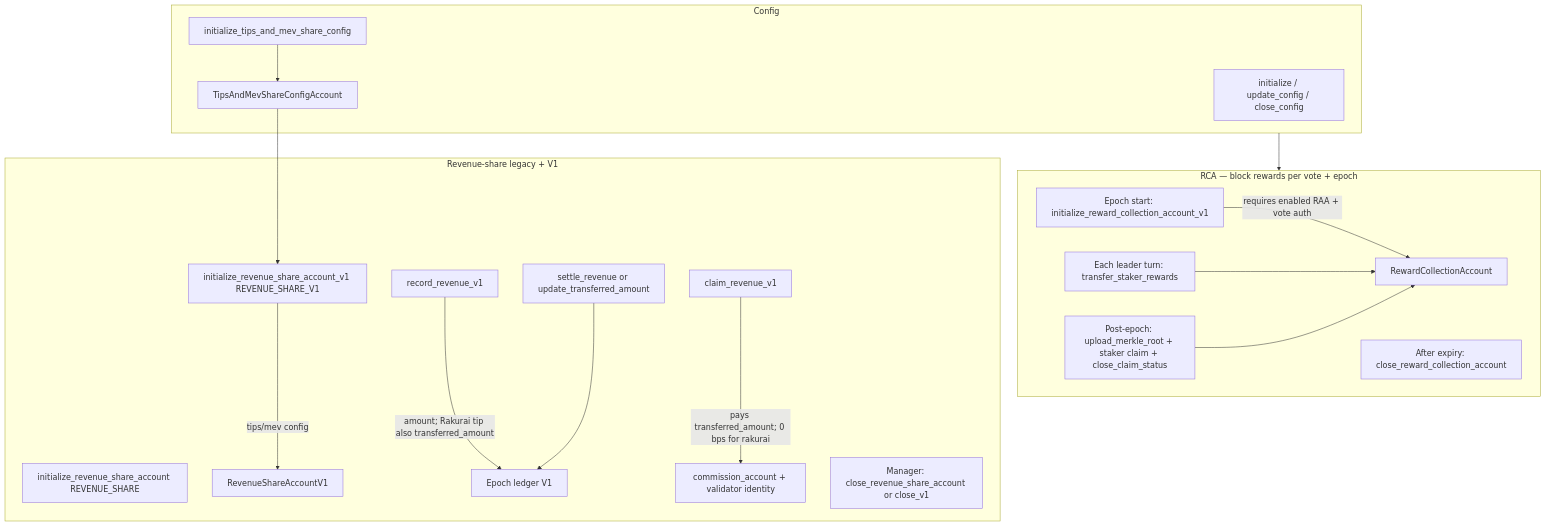
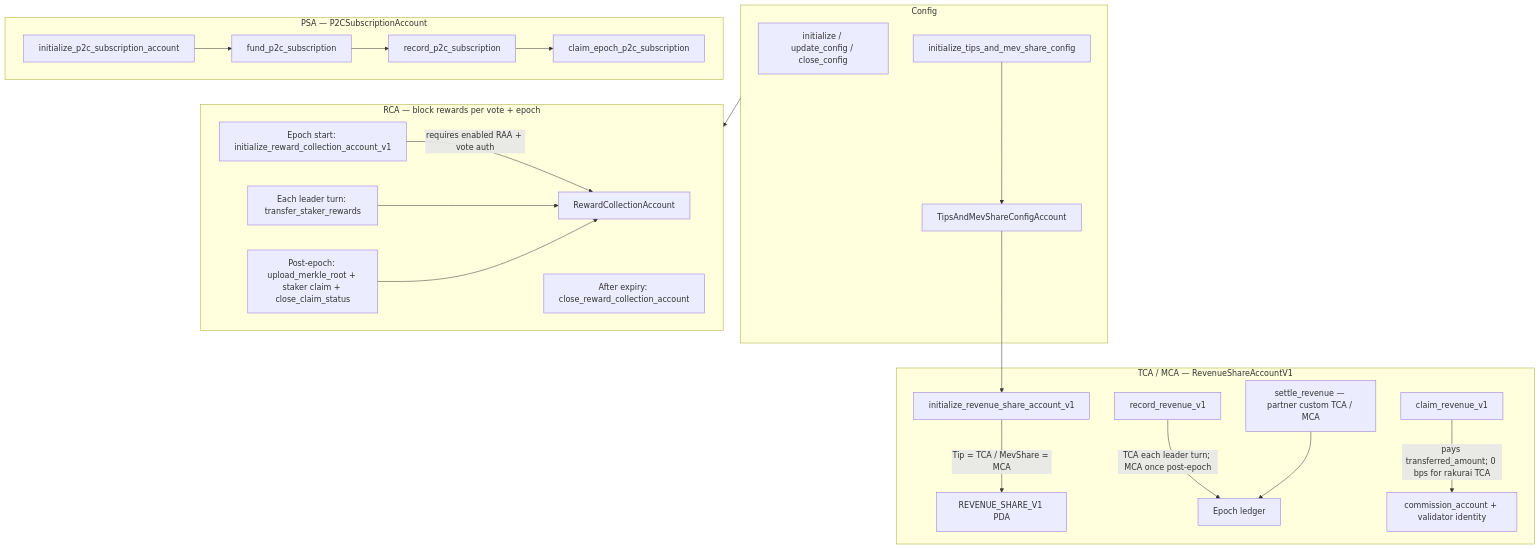
Before and after one commit to rakurai-io/rakurai_programs: the second of 5 diagrams in diagram/program-flow-diagrams.md, drawn with Mermaid. The commit also changed other lines of this file and 45 other files, not shown here.

First line of the commit message:
feature/validator_config_program (#19)

````diff
--- a/diagram/program-flow-diagrams.md
+++ b/diagram/program-flow-diagrams.md
@@ -60,34 +60,40 @@
 ```mermaid
 flowchart TD
     subgraph config [Config]
         RD0[initialize / update_config / close_config]
         TM0[initialize_tips_and_mev_share_config]
         TM0 --> TMC[TipsAndMevShareConfigAccount]
     end
 
     subgraph rca [RCA — block rewards per vote + epoch]
         R1[Epoch start: initialize_reward_collection_account_v1]
         R1 -->|requires enabled RAA + vote auth| RCA[RewardCollectionAccount]
         R2[Each leader turn: transfer_staker_rewards]
         R2 --> RCA
         R3[Post-epoch: upload_merkle_root + staker claim + close_claim_status]
         R3 --> RCA
         R4[After expiry: close_reward_collection_account]
     end
 
-    subgraph revenue [Revenue-share legacy + V1]
-        P0L[initialize_revenue_share_account REVENUE_SHARE]
-        P0[initialize_revenue_share_account_v1 REVENUE_SHARE_V1]
-        P0 -->|tips/mev config| PTS[RevenueShareAccountV1]
+    subgraph tcaMca [TCA / MCA — RevenueShareAccountV1]
+        P0[initialize_revenue_share_account_v1]
+        P0 -->|Tip = TCA / MevShare = MCA| PTS[REVENUE_SHARE_V1 PDA]
         P1[record_revenue_v1]
-        P1 -->|amount; Rakurai tip also transferred_amount| LEDGER[Epoch ledger V1]
-        P1b[settle_revenue or update_transferred_amount]
+        P1 -->|TCA each leader turn; MCA once post-epoch| LEDGER[Epoch ledger]
+        P1b[settle_revenue — partner custom TCA / MCA]
         P1b --> LEDGER
         P2[claim_revenue_v1]
-        P2 -->|pays transferred_amount; 0 bps for rakurai| PAY[commission_account + validator identity]
-        P3[Manager: close_revenue_share_account or close_v1]
+        P2 -->|pays transferred_amount; 0 bps for rakurai TCA| PAY[commission_account + validator identity]
+    end
+
+    subgraph psa [PSA — P2CSubscriptionAccount]
+        S0[initialize_p2c_subscription_account]
+        S1[fund_p2c_subscription]
+        S2[record_p2c_subscription]
+        S3[claim_epoch_p2c_subscription]
+        S0 --> S1 --> S2 --> S3
     end
 
     config --> rca
     TMC --> P0
 ```
````
